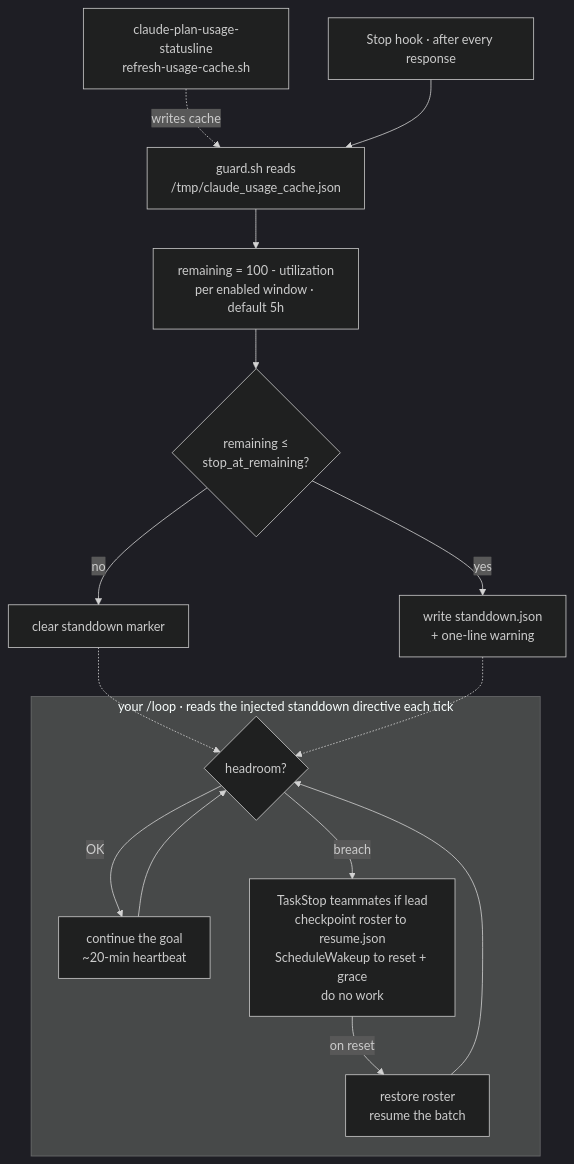
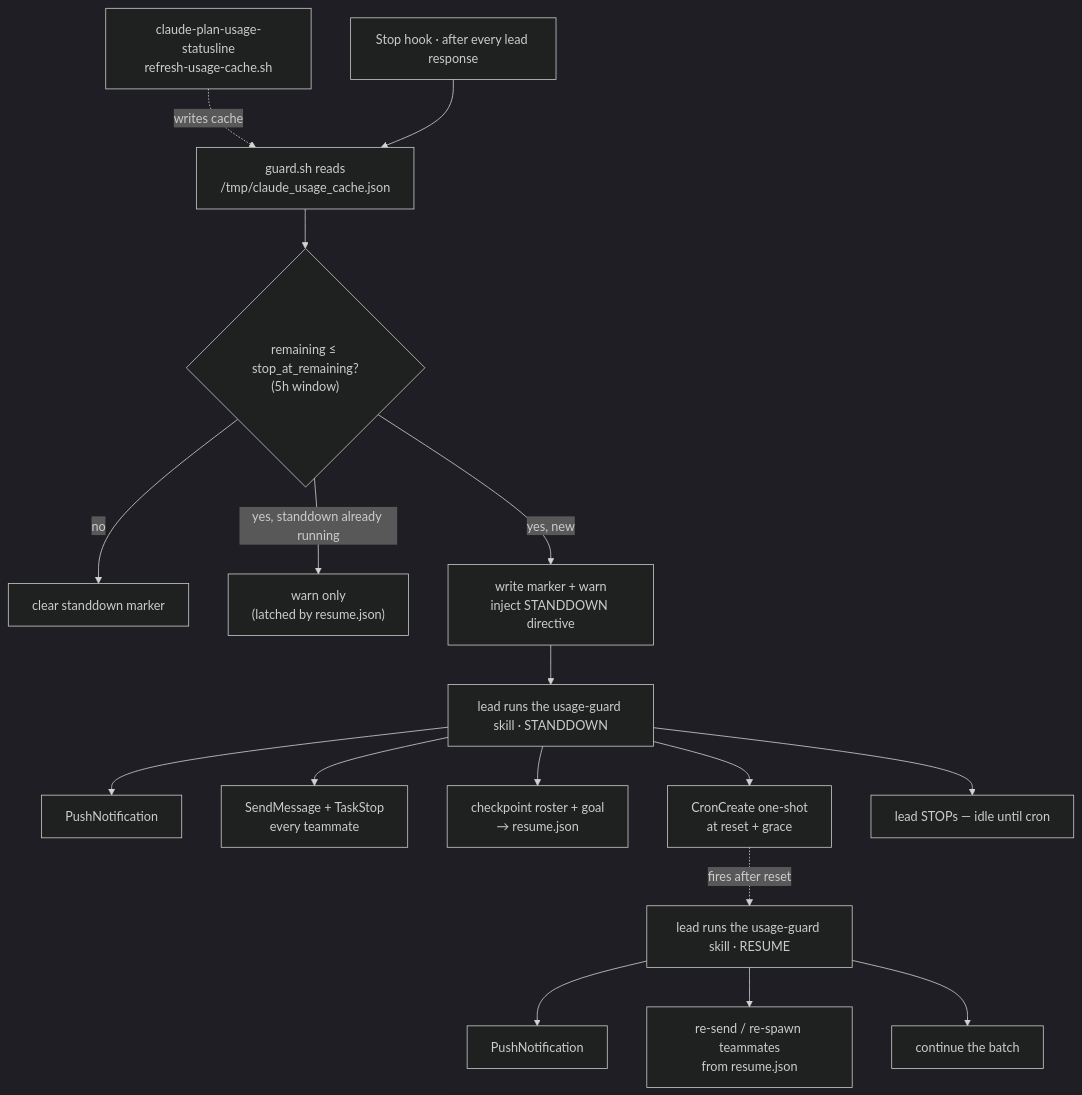
Before and after one commit to romacv/claude-usage-guard: the diagram in README.md, drawn with Mermaid (dark theme). The commit also changed other lines of this file and 6 other files, not shown here.

Commit message:
Orchestrate lead + teammate stand-down/resume via a skill + notification (drop the /loop tick)

````diff
--- a/README.md
+++ b/README.md
@@ -25,21 +24,21 @@
 ```mermaid
 flowchart TD
     P["claude-plan-usage-statusline<br/>refresh-usage-cache.sh"] -. writes cache .-> B
-    A["Stop hook · after every response"] --> B["guard.sh reads<br/>/tmp/claude_usage_cache.json"]
-    B --> C["remaining = 100 - utilization<br/>per enabled window · default 5h"]
-    C --> D{"remaining ≤<br/>stop_at_remaining?"}
-    D -->|no| E["clear standdown marker"]
-    D -->|yes| F["write standdown.json<br/>+ one-line warning"]
+    A["Stop hook · after every lead response"] --> B["guard.sh reads<br/>/tmp/claude_usage_cache.json"]
+    B --> C{"remaining ≤ stop_at_remaining?<br/>(5h window)"}
+    C -->|no| E["clear standdown marker"]
+    C -->|yes, standdown already running| W["warn only<br/>(latched by resume.json)"]
+    C -->|yes, new| F["write marker + warn<br/>inject STANDDOWN directive"]
 
-    subgraph LOOP["your /loop · reads the injected standdown directive each tick"]
-        G{"headroom?"}
-        G -->|OK| H["continue the goal<br/>~20-min heartbeat"]
-        G -->|breach| I["TaskStop teammates if lead<br/>checkpoint roster to resume.json<br/>ScheduleWakeup to reset + grace<br/>do no work"]
-        I -->|on reset| J["restore roster<br/>resume the batch"]
-        J --> G
-        H --> G
-    end
+    F --> G["lead runs the usage-guard skill · STANDDOWN"]
+    G --> N1["PushNotification"]
+    G --> T["SendMessage + TaskStop<br/>every teammate"]
+    G --> R["checkpoint roster + goal<br/>→ resume.json"]
+    G --> K["CronCreate one-shot<br/>at reset + grace"]
+    G --> S["lead STOPs — idle until cron"]
 
-    E -.-> G
-    F -.-> G
+    K -.fires after reset.-> Z["lead runs the usage-guard skill · RESUME"]
+    Z --> N2["PushNotification"]
+    Z --> RH["re-send / re-spawn teammates<br/>from resume.json"]
+    Z --> CO["continue the batch"]
 ```
````
